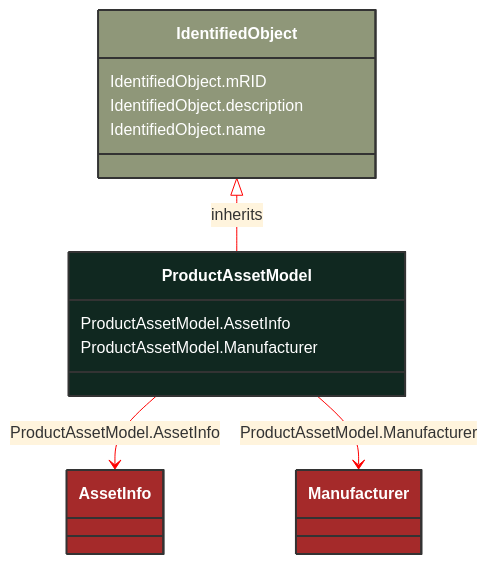
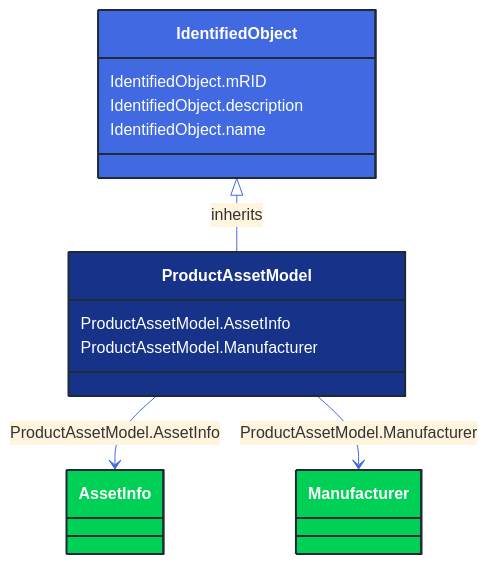
The diagram in docs/Models/Profiles/SubseaCableInfo/ConcreteClasses/ProductAssetModel.md (3lbits/NoCIMExtensions), drawn with Mermaid before and after one commit. The commit also changed 362 other files, not shown here.

First line of the commit message:
Update diagrams and styles for improved visual consistency

````diff
--- a/docs/Models/Profiles/SubseaCableInfo/ConcreteClasses/ProductAssetModel.md
+++ b/docs/Models/Profiles/SubseaCableInfo/ConcreteClasses/ProductAssetModel.md
@@ -8,29 +8,29 @@
 ```mermaid
-%%{init: {'theme':'base','themeVariables': {'lineColor': '#FF0000'}}}%%
+%%{init: {'theme':'base','themeVariables': {'lineColor': '#4169E1'}}}%%
 classDiagram
     class ProductAssetModel
     click ProductAssetModel href "/Models/Profiles/SubseaCableInfo/ConcreteClasses/ProductAssetModel/"
-    style ProductAssetModel fill:#102820,stroke:#333,stroke-width:2px,rx:10,ry:10,color:white
+    style ProductAssetModel fill:#163289,stroke:#1F2A37,stroke-width:2px,rx:10,ry:10,color:white
      
         IdentifiedObject <|-- ProductAssetModel : inherits
             click IdentifiedObject href "/Models/Profiles/SubseaCableInfo/AbstractClasses/IdentifiedObject/"
-            style IdentifiedObject fill:#8F9779,stroke:#333,stroke-width:2px,rx:10,ry:10,color:white
+            style IdentifiedObject fill:#4169E1,stroke:#1F2A37,stroke-width:2px,rx:10,ry:10,color:white
 
         ProductAssetModel --> AssetInfo : ProductAssetModel.AssetInfo
 
         AssetInfo
             click AssetInfo href "/Models/Profiles/SubseaCableInfo/AbstractClasses/AssetInfo/"
-            style AssetInfo fill:#A52A2A,stroke:#333,stroke-width:2px,rx:10,ry:10,color:white
+            style AssetInfo fill:#00D156,stroke:#1F2A37,stroke-width:2px,rx:10,ry:10,color:white
         ProductAssetModel --> Manufacturer : ProductAssetModel.Manufacturer
 
         Manufacturer
             click Manufacturer href "/Models/Profiles/SubseaCableInfo/ConcreteClasses/Manufacturer/"
-            style Manufacturer fill:#A52A2A,stroke:#333,stroke-width:2px,rx:10,ry:10,color:white
+            style Manufacturer fill:#00D156,stroke:#1F2A37,stroke-width:2px,rx:10,ry:10,color:white
 
 
         ProductAssetModel : ProductAssetModel.AssetInfo
         ProductAssetModel : ProductAssetModel.Manufacturer
         IdentifiedObject : IdentifiedObject.mRID
         IdentifiedObject : IdentifiedObject.description
         IdentifiedObject : IdentifiedObject.name
 ```
````
